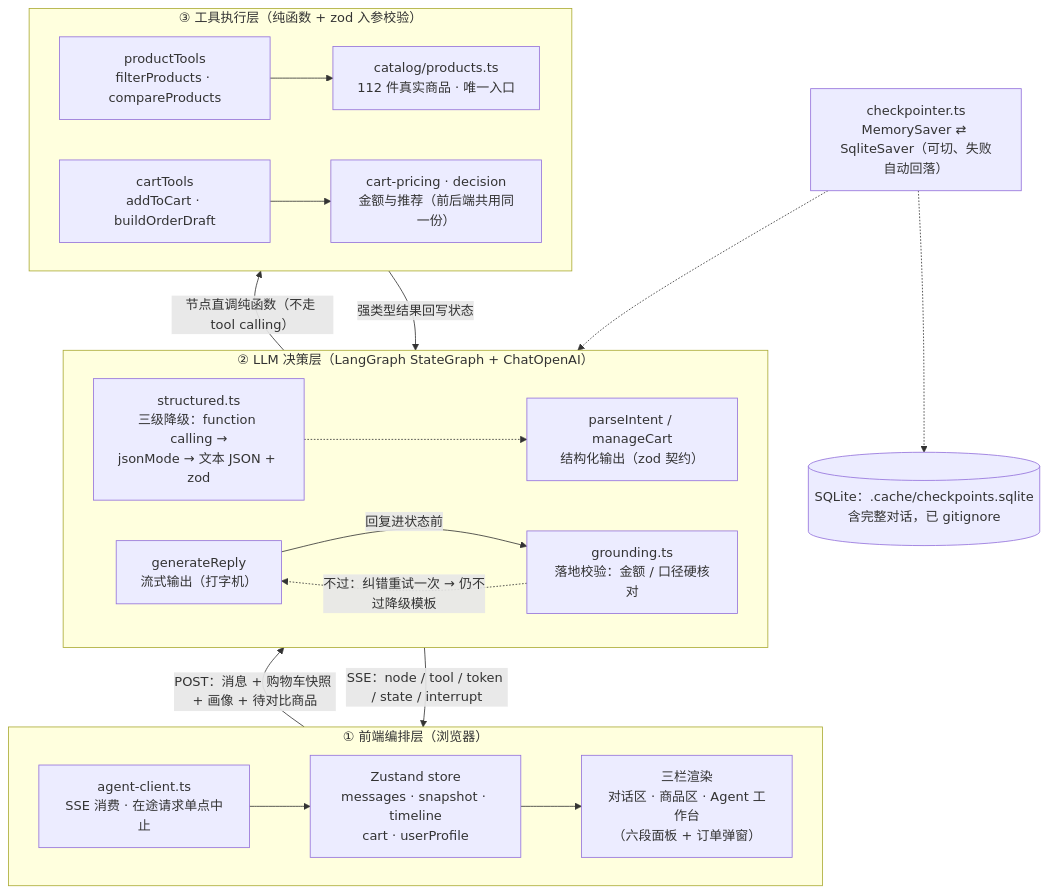
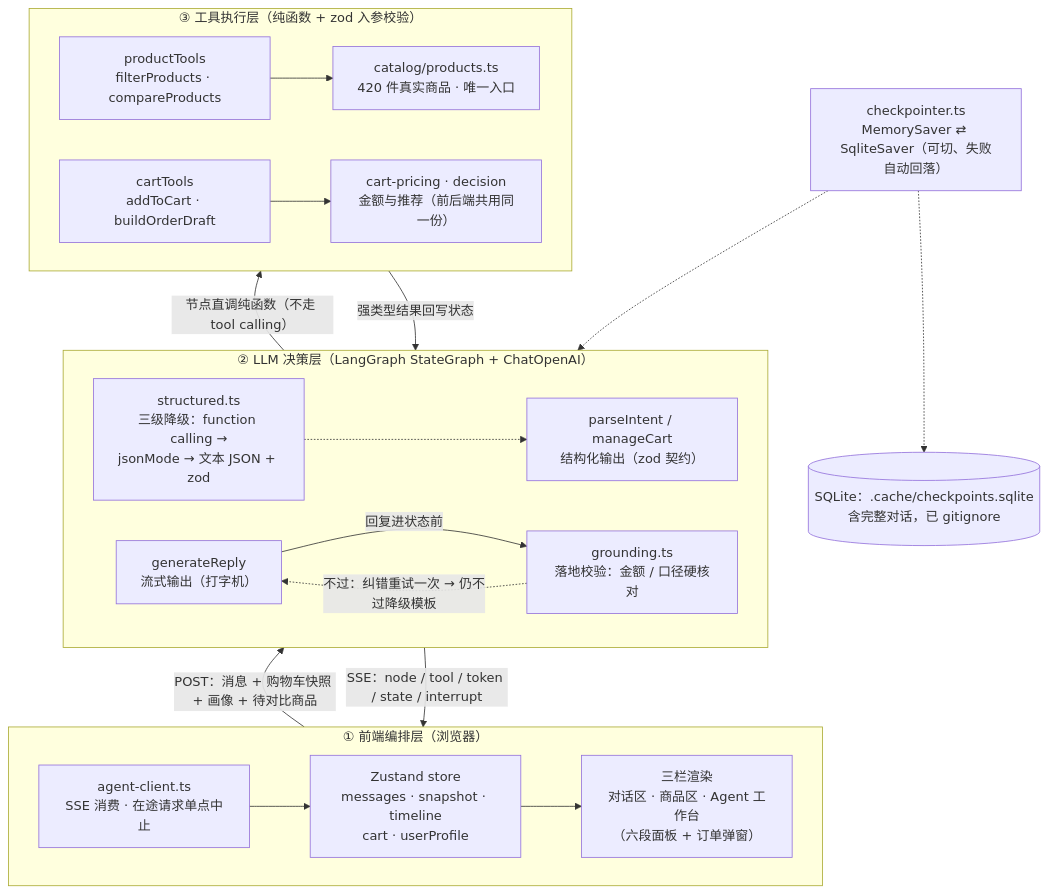
The second of 3 diagrams in docs/architecture.md (Zeffy-Real/eshopagent), drawn with Mermaid before and after one commit. The commit also changed 7 other files, not shown here.

````diff
--- a/docs/architecture.md
+++ b/docs/architecture.md
@@ -52,40 +52,40 @@
 ```mermaid
 flowchart TB
   subgraph L1["① 前端编排层（浏览器）"]
     direction LR
     S1["Zustand store<br/>messages · snapshot · timeline<br/>cart · userProfile"]
     S2["agent-client.ts<br/>SSE 消费 · 在途请求单点中止"]
     S3["三栏渲染<br/>对话区 · 商品区 · Agent 工作台<br/>（六段面板 + 订单弹窗）"]
     S2 --> S1 --> S3
   end
 
   subgraph L2["② LLM 决策层（LangGraph StateGraph + ChatOpenAI）"]
     direction LR
     B1["parseIntent / manageCart<br/>结构化输出（zod 契约）"]
     B2["structured.ts<br/>三级降级：function calling →<br/>jsonMode → 文本 JSON + zod"]
     B3["generateReply<br/>流式输出（打字机）"]
     B4["grounding.ts<br/>落地校验：金额 / 口径硬核对"]
     B2 -.-> B1
     B3 -->|"回复进状态前"| B4
   end
 
   subgraph L3["③ 工具执行层（纯函数 + zod 入参校验）"]
     direction LR
     C1["productTools<br/>filterProducts · compareProducts"]
     C2["cartTools<br/>addToCart · buildOrderDraft"]
     C3["cart-pricing · decision<br/>金额与推荐（前后端共用同一份）"]
-    C4["catalog/products.ts<br/>112 件真实商品 · 唯一入口"]
+    C4["catalog/products.ts<br/>420 件真实商品 · 唯一入口"]
     C1 --> C4
     C2 --> C3
   end
 
   S2 -->|"POST：消息 + 购物车快照 + 画像 + 待对比商品"| L2
   L2 -->|"SSE：node / tool / token / state / interrupt"| S2
   B1 -->|"节点直调纯函数（不走 tool calling）"| L3
   L3 -->|"强类型结果回写状态"| B1
   B4 -.->|"不过：纠错重试一次 → 仍不过降级模板"| B3
 
   CP["checkpointer.ts<br/>MemorySaver ⇄ SqliteSaver（可切、失败自动回落）"] -.-> L2
   DB[("SQLite：.cache/checkpoints.sqlite<br/>含完整对话，已 gitignore")]
   CP -.-> DB
 ```
````
